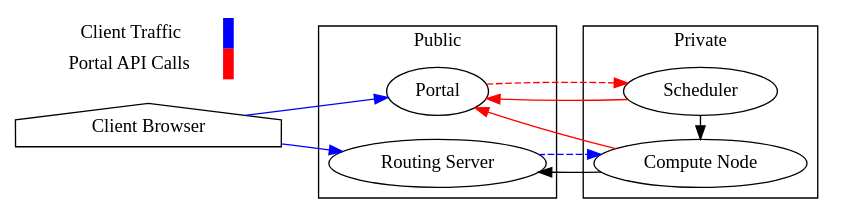
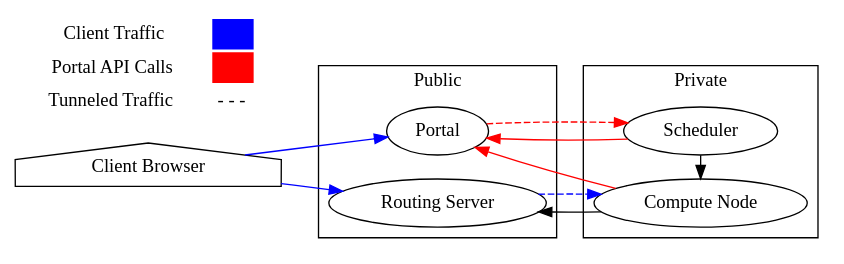
The diagram in images/diagrams/high-level-arch-basic.dot (dit4c/dit4c.github.io), drawn with Graphviz before and after one commit. The commit also changed 5 other files, not shown here.

Commit message:
Improve legends for diagrams

```diff
--- a/images/diagrams/high-level-arch-basic.dot
+++ b/images/diagrams/high-level-arch-basic.dot
@@ -1,44 +1,48 @@
 digraph G {
   rankdir=LR
   "Client Browser" [shape=house]
 
   subgraph cluster_0 {
     label="Public"
     "Portal"
     "Routing Server"
   }
 
   subgraph cluster_1 {
     label="Private"
     "Scheduler"
     "Compute Node"
     { rank=sink "Scheduler" "Compute Node"}
   }
 
   "Client Browser" -> "Portal" [color=blue]
   "Client Browser" -> "Routing Server" [color=blue]
   "Compute Node" -> "Portal" [color=red]
   "Compute Node" -> "Routing Server"
   "Scheduler" -> "Portal" [color=red]
   "Compute Node" -> "Scheduler" [dir=back]
 
   "Portal" -> "Scheduler" [style=dashed,color=red]
   "Routing Server" -> "Compute Node" [style=dashed,color=blue]
   "Portal" -> "Compute Node" [style=invis]
   "Routing Server" -> "Scheduler" [style=invis]
 
   { rank = source;
     legend [shape=none, margin=0, label=<
-    <TABLE BORDER="0" CELLBORDER="0" CELLSPACING="0" CELLPADDING="4">
+    <TABLE BORDER="0" CELLBORDER="0" CELLSPACING="2" CELLPADDING="4">
      <TR>
       <TD>Client Traffic</TD>
       <TD BGCOLOR="BLUE"></TD>
      </TR>
      <TR>
       <TD>Portal API Calls</TD>
       <TD BGCOLOR="RED"></TD>
      </TR>
+     <TR>
+      <TD>Tunneled Traffic</TD>
+      <TD>- - -</TD>
+     </TR>
     </TABLE>
    >];
   }
 }
```
